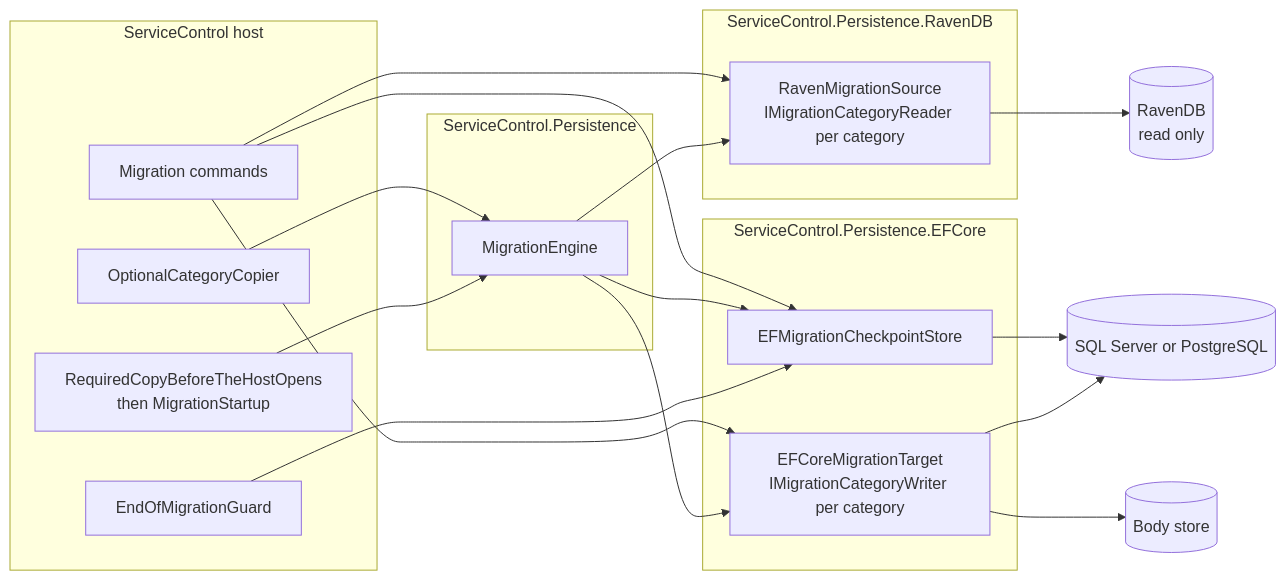
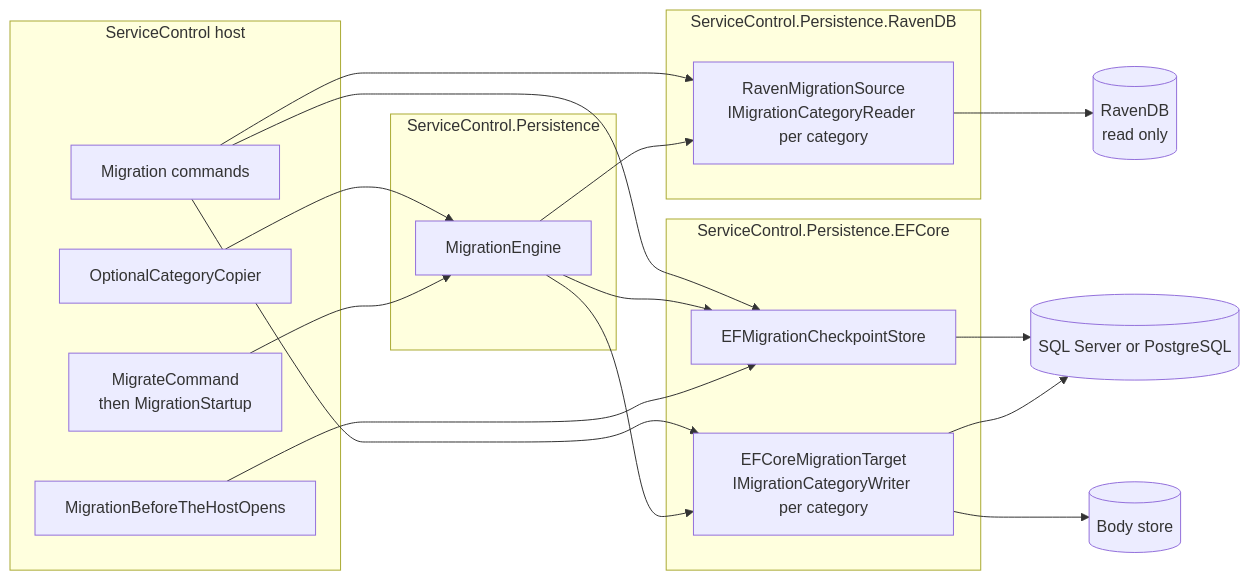
One commit to Particular/ServiceControl changed the first of 2 diagrams in docs/migration/ravendb-to-sql-migration-system-design.md. Above: the diagram before and after it, drawn with Mermaid. The commit also changed other lines of this file and 43 other files, not shown here.

````diff
--- a/docs/migration/ravendb-to-sql-migration-system-design.md
+++ b/docs/migration/ravendb-to-sql-migration-system-design.md
@@ -13,32 +13,32 @@
 ```mermaid
 flowchart LR
     subgraph host["ServiceControl host"]
-        req["RequiredCopyBeforeTheHostOpens<br/>then MigrationStartup"]
+        req["MigrateCommand<br/>then MigrationStartup"]
         opt["OptionalCategoryCopier"]
-        guard["EndOfMigrationGuard"]
+        guard["MigrationBeforeTheHostOpens"]
         cmd["Migration commands"]
     end
     subgraph neutral["ServiceControl.Persistence"]
         eng["MigrationEngine"]
     end
     subgraph raven["ServiceControl.Persistence.RavenDB"]
         src["RavenMigrationSource<br/>IMigrationCategoryReader per category"]
     end
     subgraph ef["ServiceControl.Persistence.EFCore"]
         tgt["EFCoreMigrationTarget<br/>IMigrationCategoryWriter per category"]
         cp["EFMigrationCheckpointStore"]
     end
     req --> eng
     opt --> eng
     guard --> cp
     eng --> src
     eng --> tgt
     eng --> cp
     cmd --> cp
     cmd --> src
     cmd --> tgt
     src --> rdb[("RavenDB<br/>read only")]
     tgt --> sql[("SQL Server or PostgreSQL")]
     cp --> sql
     tgt --> bod[("Body store")]
 ```
````
